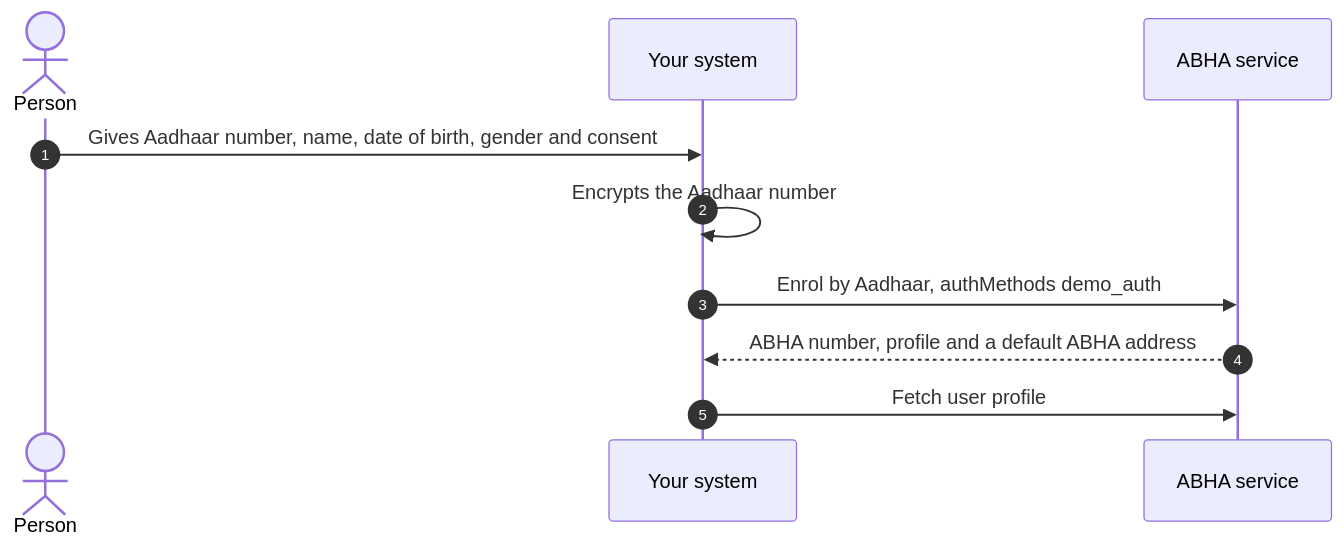
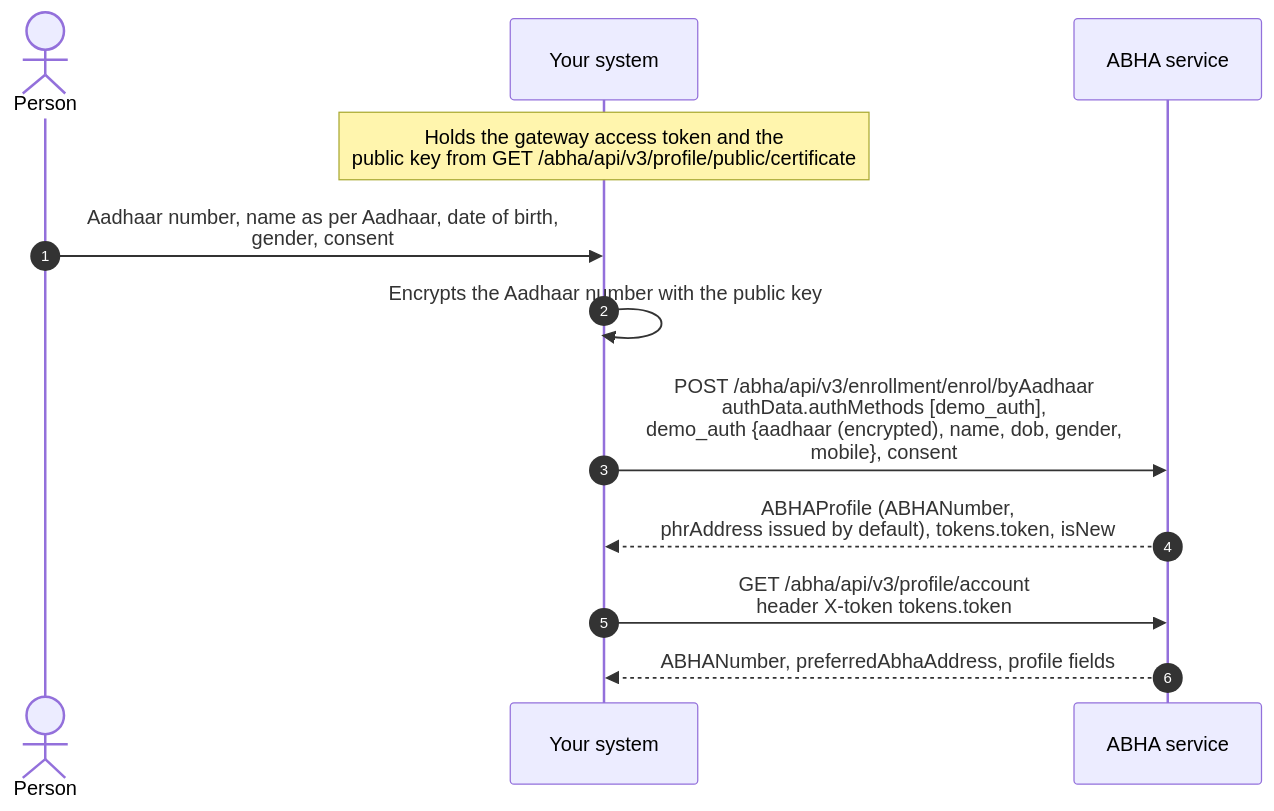
Before and after one commit to nha-in/docs: the third of 6 diagrams in site/docs/hiecm/v3/milestones/m1.mdx, drawn with Mermaid. The commit also changed other lines of this file and 4 other files, not shown here.

````diff
--- a/site/docs/hiecm/v3/milestones/m1.mdx
+++ b/site/docs/hiecm/v3/milestones/m1.mdx
@@ -190,12 +199,14 @@
 ```mermaid
 sequenceDiagram
     autonumber
     actor P as Person
     participant S as Your system
     participant A as ABHA service
-    P->>S: Gives Aadhaar number, name, date of birth, gender and consent
-    S->>S: Encrypts the Aadhaar number
-    S->>A: Enrol by Aadhaar, authMethods demo_auth
-    A-->>S: ABHA number, profile and a default ABHA address
-    S->>A: Fetch user profile
+    Note over S: Holds the gateway access token and the<br/>public key from GET /abha/api/v3/profile/public/certificate
+    P->>S: Aadhaar number, name as per Aadhaar, date of birth,<br/>gender, consent
+    S->>S: Encrypts the Aadhaar number with the public key
+    S->>A: POST /abha/api/v3/enrollment/enrol/byAadhaar<br/>authData.authMethods [demo_auth],<br/>demo_auth {aadhaar (encrypted), name, dob, gender,<br/>mobile}, consent
+    A-->>S: ABHAProfile (ABHANumber,<br/>phrAddress issued by default), tokens.token, isNew
+    S->>A: GET /abha/api/v3/profile/account<br/>header X-token tokens.token
+    A-->>S: ABHANumber, preferredAbhaAddress, profile fields
 ```
````
